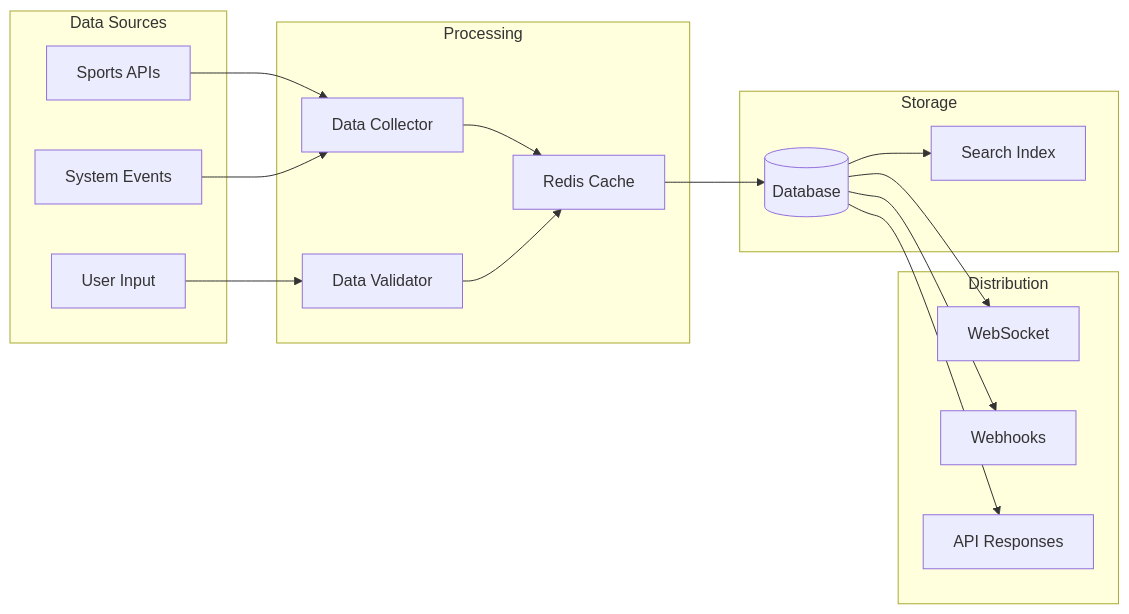
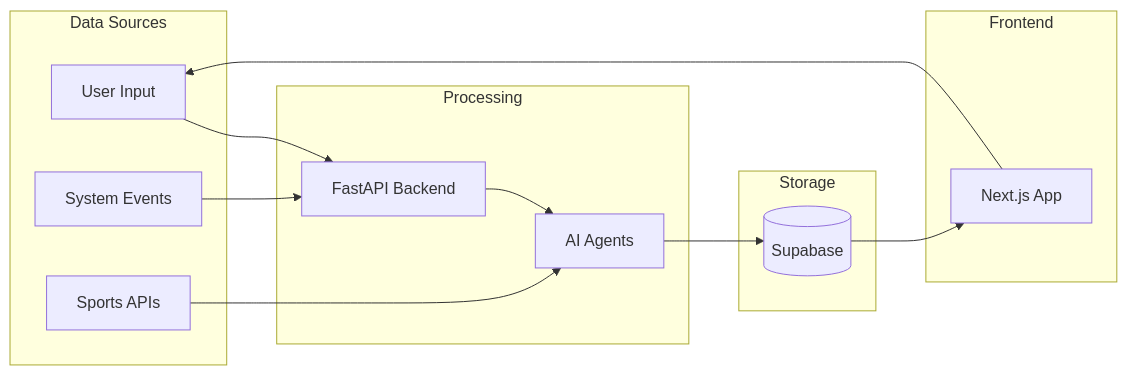
One commit to vibing-ai/sports-scribe changed the third of 5 diagrams in docs/architecture/system-overview.md. Above: the diagram before and after it, drawn with Mermaid. The commit also changed other lines of this file and 28 other files, not shown here.

````diff
--- a/docs/architecture/system-overview.md
+++ b/docs/architecture/system-overview.md
@@ -182,38 +142,29 @@
 ```mermaid
 graph LR
     subgraph "Data Sources"
-        SPORTS[Sports APIs]
         USER_INPUT[User Input]
         SYSTEM[System Events]
+        SPORTS_API[Sports APIs]
     end
 
     subgraph "Processing"
-        COLLECTOR[Data Collector]
-        VALIDATOR[Data Validator]
-        CACHE[Redis Cache]
+        FASTAPI[FastAPI Backend]
+        AGENTS[AI Agents]
     end
 
     subgraph "Storage"
-        DB[(Database)]
-        SEARCH[Search Index]
+        SUPABASE[(Supabase)]
     end
 
-    subgraph "Distribution"
-        WEBSOCKET[WebSocket]
-        WEBHOOK[Webhooks]
-        API_RESPONSE[API Responses]
+    subgraph "Frontend"
+        NEXTJS[Next.js App]
     end
 
-    SPORTS --> COLLECTOR
-    USER_INPUT --> VALIDATOR
-    SYSTEM --> COLLECTOR
-
-    COLLECTOR --> CACHE
-    VALIDATOR --> CACHE
-    CACHE --> DB
-    DB --> SEARCH
-
-    DB --> WEBSOCKET
-    DB --> WEBHOOK
-    DB --> API_RESPONSE
+    USER_INPUT --> FASTAPI
+    SYSTEM --> FASTAPI
+    SPORTS_API --> AGENTS
+    FASTAPI --> AGENTS
+    AGENTS --> SUPABASE
+    SUPABASE --> NEXTJS
+    NEXTJS --> USER_INPUT
 ```
````
